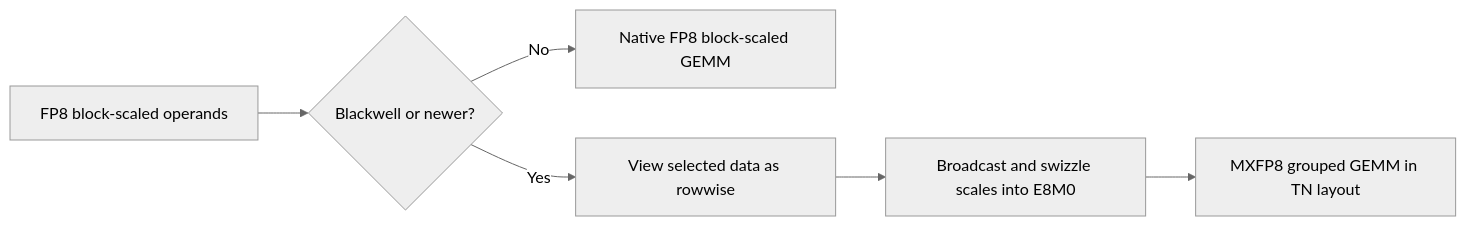
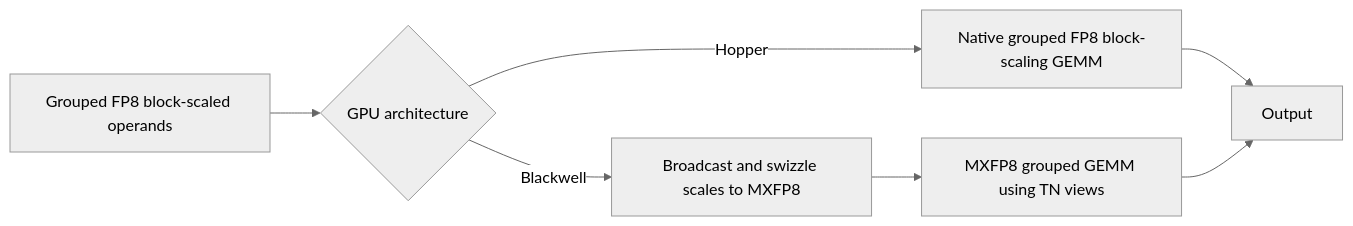
Before and after one commit to yuguo-Jack/HCU-TrainFlow: the diagram in knowledge/projects/transformer-engine/knowledgebase/upstream/prs/NVIDIA--TransformerEngine/PR-3614.md, drawn with Mermaid. The commit also changed other lines of this file and 42044 other files, not shown here.

````diff
--- a/knowledge/projects/transformer-engine/knowledgebase/upstream/prs/NVIDIA--TransformerEngine/PR-3614.md
+++ b/knowledge/projects/transformer-engine/knowledgebase/upstream/prs/NVIDIA--TransformerEngine/PR-3614.md
@@ -184,9 +225,10 @@
 ```mermaid
 %%{init: {'theme': 'neutral'}}%%
 flowchart LR
-  A["FP8 block-scaled operands"] --> B{"Blackwell or newer?"}
-  B -- No --> C["Native FP8 block-scaled GEMM"]
-  B -- Yes --> D["View selected data as rowwise"]
-  D --> E["Broadcast and swizzle scales into E8M0"]
-  E --> F["MXFP8 grouped GEMM in TN layout"]
+  A["Grouped FP8 block-scaled operands"] --> B{"GPU architecture"}
+  B -->|Hopper| C["Native grouped FP8 block-scaling GEMM"]
+  B -->|Blackwell| D["Broadcast and swizzle scales to MXFP8"]
+  D --> E["MXFP8 grouped GEMM using TN views"]
+  C --> F["Output"]
+  E --> F
 ```
````
